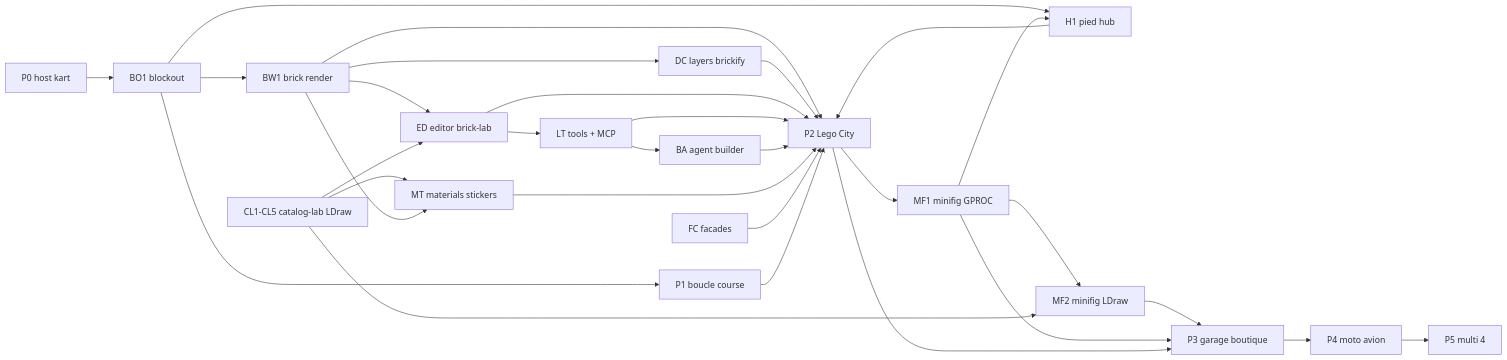
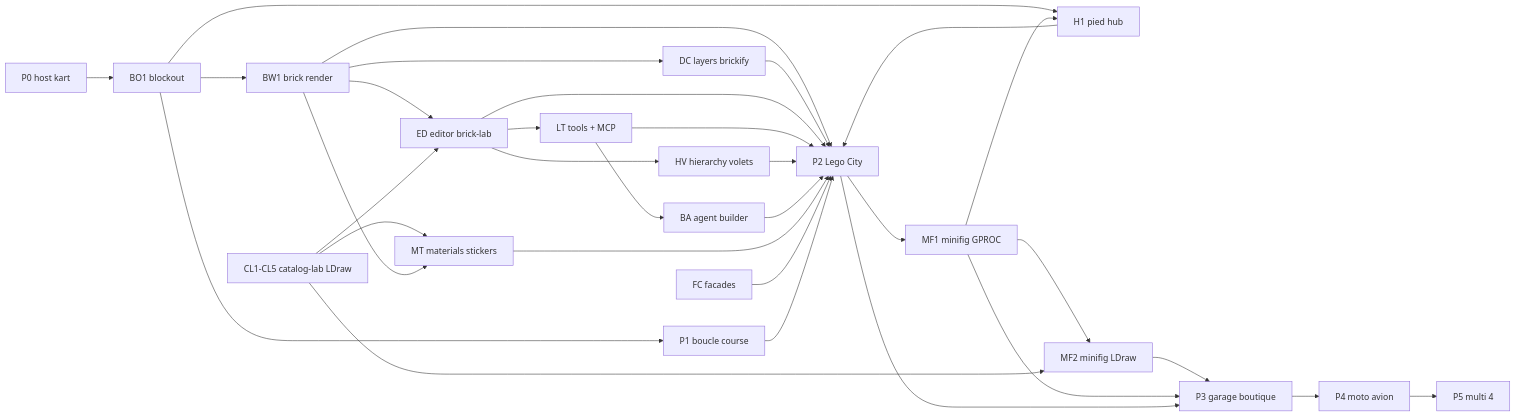
The diagram in docs/plans/roadmap.md (naanouff/Brick-Racer), drawn with Mermaid before and after one commit. The commit also changed other lines of this file and 61 other files, not shown here.

````diff
--- a/docs/plans/roadmap.md
+++ b/docs/plans/roadmap.md
@@ -29,32 +30,34 @@
 ```mermaid
 flowchart LR
   P0[P0 host kart] --> BO1[BO1 blockout]
   BO1 --> P1[P1 boucle course]
   BO1 --> H1[H1 pied hub]
   BO1 --> BW1[BW1 brick render]
   BW1 --> DC[DC layers brickify]
   BW1 --> ED[ED editor brick-lab]
   CL[CL1-CL5 catalog-lab LDraw] --> ED
   ED --> LT[LT tools + MCP]
+  ED --> HV[HV hierarchy volets]
   LT --> BA[BA agent builder]
   CL --> MT[MT materials stickers]
   BW1 --> MT
   MF1[MF1 minifig GPROC] --> H1
   MF1 --> MF2[MF2 minifig LDraw]
   CL --> MF2
   MF2 --> P3
   H1 --> P2[P2 Lego City]
   BW1 --> P2
   DC --> P2
   ED --> P2
   LT --> P2
+  HV --> P2
   BA --> P2
   MT --> P2
   FC[FC facades] --> P2
   P1 --> P2
   P2 --> MF1
   MF1 --> P3[P3 garage boutique]
   P2 --> P3
   P3 --> P4[P4 moto avion]
   P4 --> P5[P5 multi 4]
 ```
````
